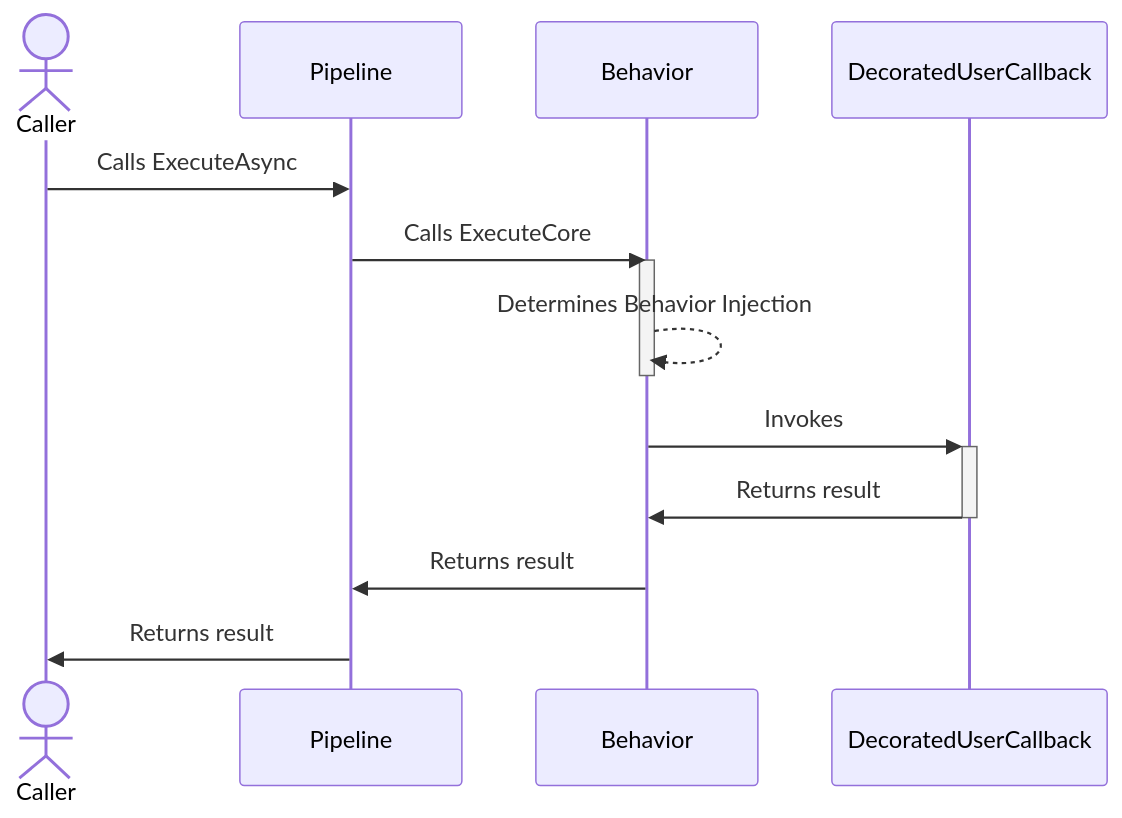
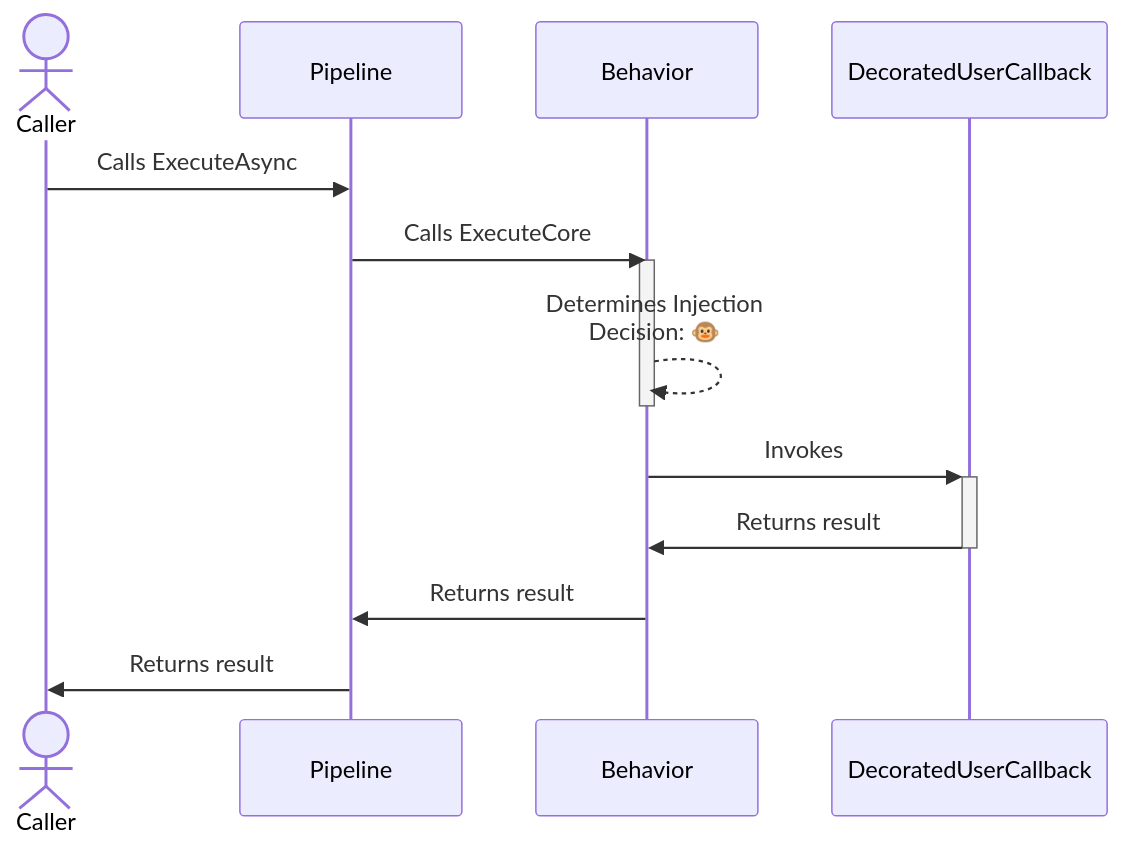
Before and after one commit to App-vNext/Polly: the first of 2 diagrams in docs/chaos/behavior.md, drawn with Mermaid. The commit also changed other lines of this file and 3 other files, not shown here.

````diff
--- a/docs/chaos/behavior.md
+++ b/docs/chaos/behavior.md
@@ -85,17 +85,17 @@
 ```mermaid
 sequenceDiagram
     actor C as Caller
     participant P as Pipeline
     participant B as Behavior
     participant D as DecoratedUserCallback
 
     C->>P: Calls ExecuteAsync
     P->>B: Calls ExecuteCore
     activate B
-    B-->>B: Determines Behavior Injection
+    B-->>B: Determines Injection<br/>Decision: 🐵
     deactivate B
     B->>+D: Invokes
     D->>-B: Returns result
     B->>P: Returns result
     P->>C: Returns result
 ```
````
